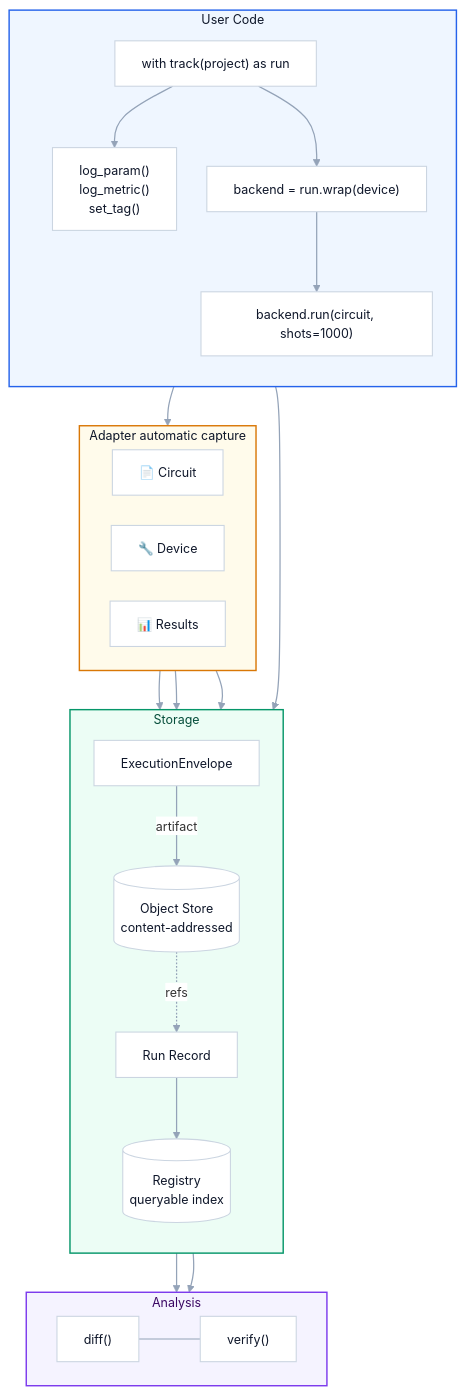
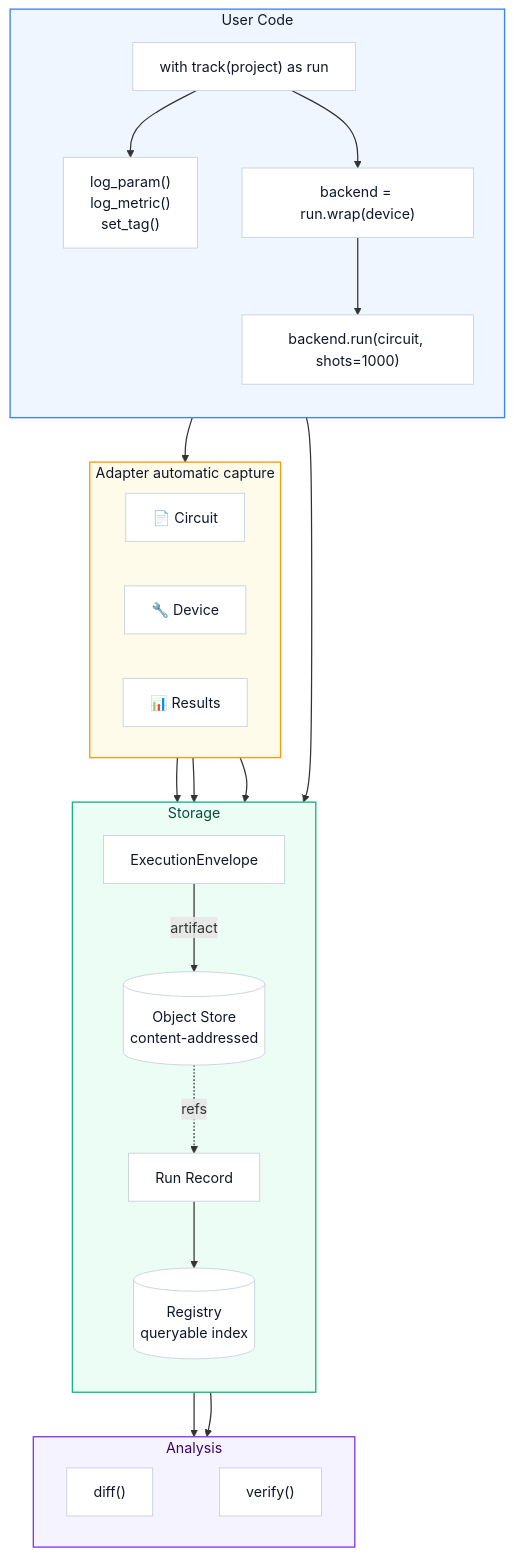
One commit to devqubit-labs/devqubit changed the first of 2 diagrams in docs/concepts/overview.md. Above: the diagram before and after it, drawn with Mermaid. The commit also changed other lines of this file and 4 other files, not shown here.

Commit message:
docs: add global Mermaid styling + fix RTD uv install

````diff
--- a/docs/concepts/overview.md
+++ b/docs/concepts/overview.md
@@ -19,75 +19,58 @@
 ```mermaid
-%%{init:{
-  "theme":"base",
-  "flowchart":{"curve":"basis","nodeSpacing":34,"rankSpacing":44,"htmlLabels":true},
-  "themeVariables":{
-    "fontFamily":"ui-sans-serif, system-ui, -apple-system, Segoe UI, Roboto, Ubuntu, Cantarell, Noto Sans, Helvetica, Arial, sans-serif",
-    "fontSize":"14px",
-    "background":"#ffffff",
-    "textColor":"#0f172a",
-    "lineColor":"#94a3b8",
-    "clusterBkg":"#f8fafc",
-    "clusterBorder":"#cbd5e1",
-    "edgeLabelBackground":"#ffffff"
-  }
-}}%%
-
 flowchart TB
   subgraph USER["User Code"]
     direction TB
     TRACK["with track(project) as run"]
     LOG["log_param()<br/>log_metric()<br/>set_tag()"]
     WRAP["backend = run.wrap(device)"]
     EXEC["backend.run(circuit, shots=1000)"]
     TRACK --> LOG
     TRACK --> WRAP
     WRAP --> EXEC
   end
 
   subgraph CAPTURE["Adapter automatic capture"]
     direction LR
     CAP_PRG["📄 Circuit"]
     CAP_DEV["🔧 Device"]
     CAP_RES["📊 Results"]
   end
 
   subgraph PERSIST["Storage"]
     direction TB
     ENV["ExecutionEnvelope"]
     RR["Run Record"]
     STORE[("Object Store<br/>content-addressed")]
     REG[("Registry<br/>queryable index")]
     ENV -->|artifact| STORE
     RR --> REG
     STORE -.->|refs| RR
   end
 
   subgraph TOOLS["Analysis"]
     direction LR
     DIFF["diff()"]
     VERIFY["verify()"]
     DIFF ~~~ VERIFY
   end
 
   EXEC --> CAPTURE
   CAP_PRG --> ENV
   CAP_DEV --> ENV
   CAP_RES --> ENV
   LOG --> RR
   REG --> TOOLS
   STORE --> TOOLS
 
-  linkStyle default stroke:#94a3b8,stroke-width:1.4
+  linkStyle default stroke-width:1.4
 
-  %% Subgraphy jako “sekcje” + białe karty w środku
-  style USER fill:#eff6ff,stroke:#2563eb,stroke-width:1.6,color:#0f172a
-  style CAPTURE fill:#fffbeb,stroke:#d97706,stroke-width:1.6,color:#0f172a
-  style PERSIST fill:#ecfdf5,stroke:#059669,stroke-width:1.6,color:#064e3b
-  style TOOLS fill:#f5f3ff,stroke:#7c3aed,stroke-width:1.6,color:#3b0764
+  style USER fill:#eff6ff,stroke:#3b82f6,stroke-width:1.5,color:#0f172a
+  style CAPTURE fill:#fffbeb,stroke:#f59e0b,stroke-width:1.5,color:#0f172a
+  style PERSIST fill:#ecfdf5,stroke:#10b981,stroke-width:1.5,color:#064e3b
+  style TOOLS fill:#f5f3ff,stroke:#7c3aed,stroke-width:1.5,color:#3b0764
 
-  classDef card fill:#ffffff,stroke:#cbd5e1,stroke-width:1.2,color:#0f172a;
+  classDef card fill:#ffffff,stroke:#cbd5e1,stroke-width:1.1,color:#0f172a;
   class TRACK,LOG,WRAP,EXEC,CAP_PRG,CAP_DEV,CAP_RES,ENV,RR,DIFF,VERIFY card
-  classDef pill fill:#ffffff,stroke:#cbd5e1,stroke-width:1.2,color:#0f172a;
+  classDef pill fill:#ffffff,stroke:#cbd5e1,stroke-width:1.1,color:#0f172a;
   class STORE,REG pill
-
 ```
````
